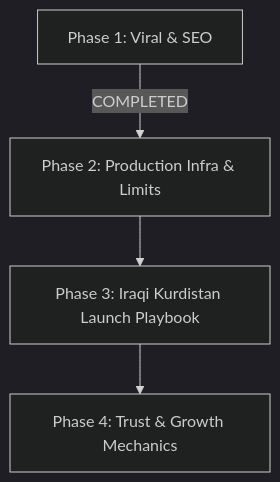
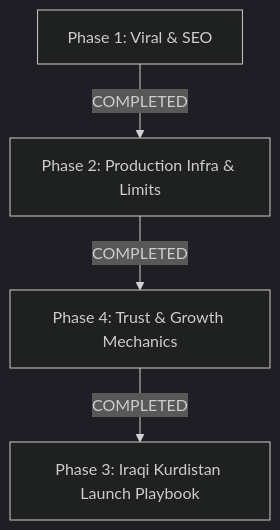
The diagram in handoff.md (Sardaridk/BenawBara), drawn with Mermaid (dark theme) before and after one commit. The commit also changed other lines of this file and 10 other files, not shown here.

````diff
--- a/handoff.md
+++ b/handoff.md
@@ -127,6 +139,6 @@
 ```mermaid
 graph TD
     A[Phase 1: Viral & SEO] -->|COMPLETED| B[Phase 2: Production Infra & Limits]
-    B --> C[Phase 3: Iraqi Kurdistan Launch Playbook]
-    C --> D[Phase 4: Trust & Growth Mechanics]
+    B -->|COMPLETED| C[Phase 4: Trust & Growth Mechanics]
+    C -->|COMPLETED| D[Phase 3: Iraqi Kurdistan Launch Playbook]
 ```
````
